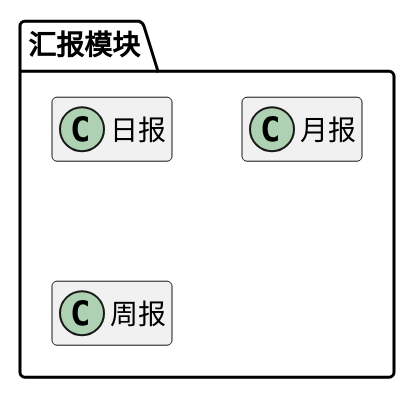
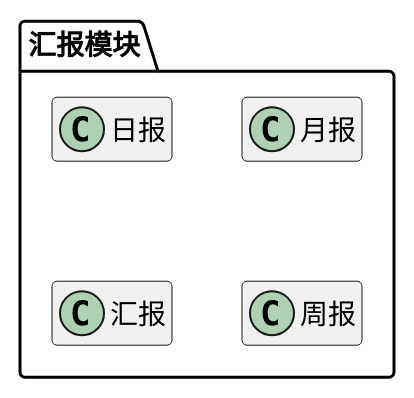
The fifth of 8 diagrams in ibizpms-docs/src/main/doc/v1/module/module_index.md (zj335841911/nt_chandao), drawn with PlantUML before and after one commit. The commit also changed 38 other files, not shown here.

```diff
--- a/ibizpms-docs/src/main/doc/v1/module/module_index.md
+++ b/ibizpms-docs/src/main/doc/v1/module/module_index.md
@@ -691,20 +691,23 @@
 {% plantuml %}
 
 package 汇报模块 {
 
 class 日报 {
 }
 
 class 月报 {
+}
+
+class 汇报 {
 }
 
 class 周报 {
 }
 
 
 
 }
 
 hide members
 
 {% endplantuml %}
```
